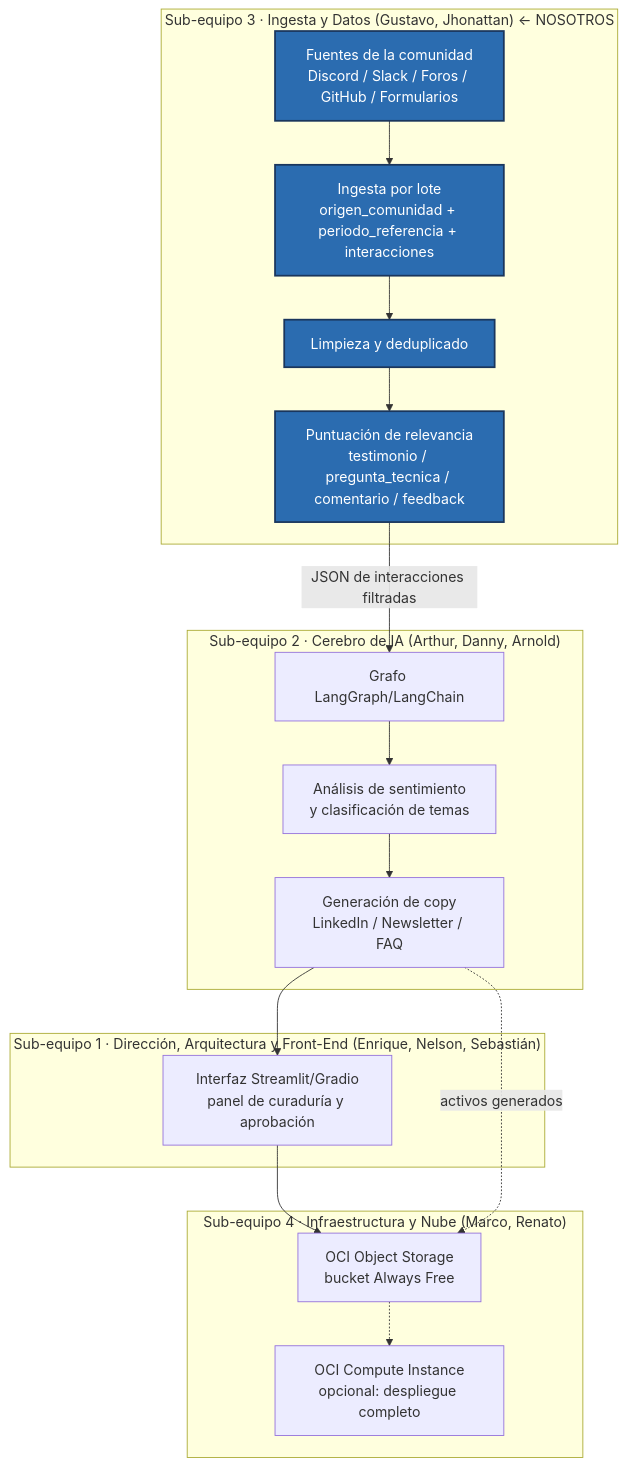
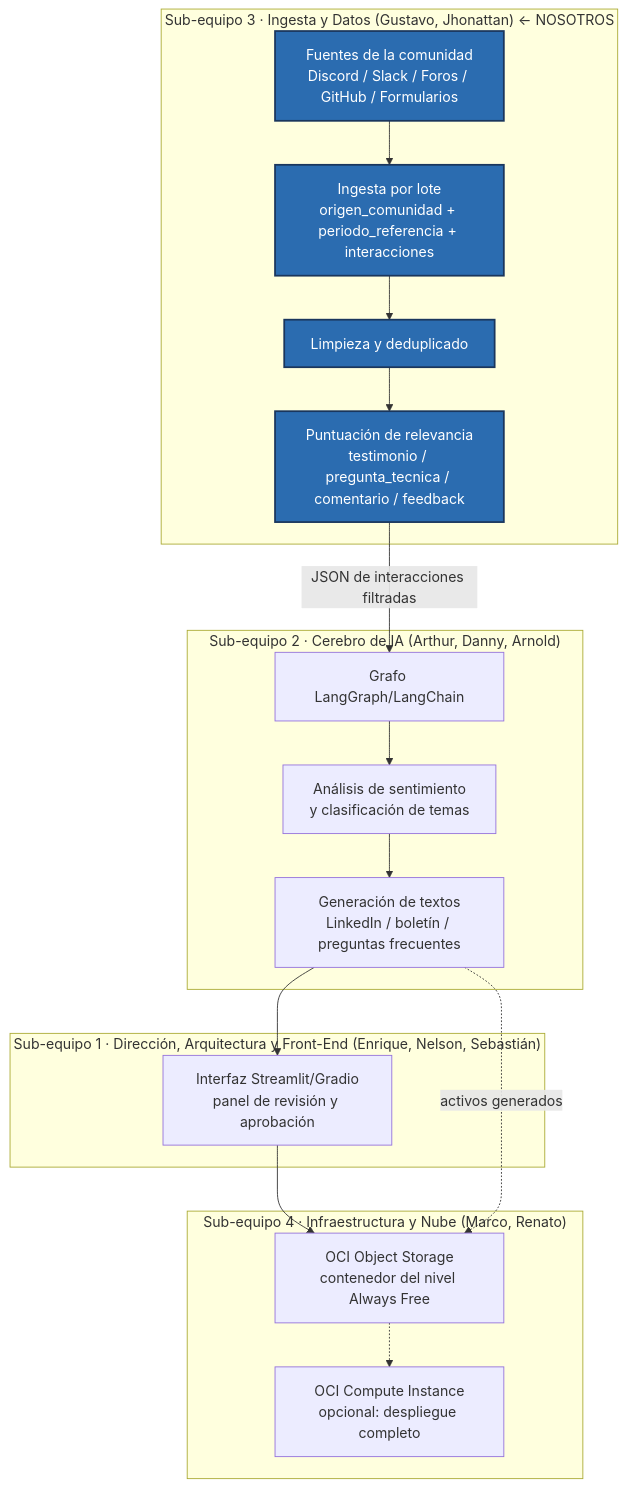
Before and after one commit to HenryH11/communitylab: the diagram in docs/arquitectura_general_sistema.md, drawn with Mermaid. The commit also changed other lines of this file and 5 other files, not shown here.

````diff
--- a/docs/arquitectura_general_sistema.md
+++ b/docs/arquitectura_general_sistema.md
@@ -12,35 +12,35 @@
 ```mermaid
 flowchart TD
     subgraph S3["Sub-equipo 3 · Ingesta y Datos (Gustavo, Jhonattan) ← NOSOTROS"]
         A[Fuentes de la comunidad<br/>Discord / Slack / Foros / GitHub / Formularios]
         B[Ingesta por lote<br/>origen_comunidad + periodo_referencia + interacciones]
         C[Limpieza y deduplicado]
         D[Puntuación de relevancia<br/>testimonio / pregunta_tecnica / comentario / feedback]
         A --> B --> C --> D
     end
 
     subgraph S2["Sub-equipo 2 · Cerebro de IA (Arthur, Danny, Arnold)"]
         E[Grafo LangGraph/LangChain]
         F[Análisis de sentimiento<br/>y clasificación de temas]
-        G[Generación de copy<br/>LinkedIn / Newsletter / FAQ]
+        G[Generación de textos<br/>LinkedIn / boletín / preguntas frecuentes]
         E --> F --> G
     end
 
     subgraph S1["Sub-equipo 1 · Dirección, Arquitectura y Front-End (Enrique, Nelson, Sebastián)"]
-        H[Interfaz Streamlit/Gradio<br/>panel de curaduría y aprobación]
+        H[Interfaz Streamlit/Gradio<br/>panel de revisión y aprobación]
     end
 
     subgraph S4["Sub-equipo 4 · Infraestructura y Nube (Marco, Renato)"]
-        I[OCI Object Storage<br/>bucket Always Free]
+        I[OCI Object Storage<br/>contenedor del nivel Always Free]
         J[OCI Compute Instance<br/>opcional: despliegue completo]
     end
 
     D -->|JSON de interacciones filtradas| E
     G --> H
     H --> I
     G -.->|activos generados| I
     I -.-> J
 
     classDef nosotros fill:#2b6cb0,color:#fff,stroke:#1a365d,stroke-width:2px;
     class A,B,C,D nosotros
 ```
````
